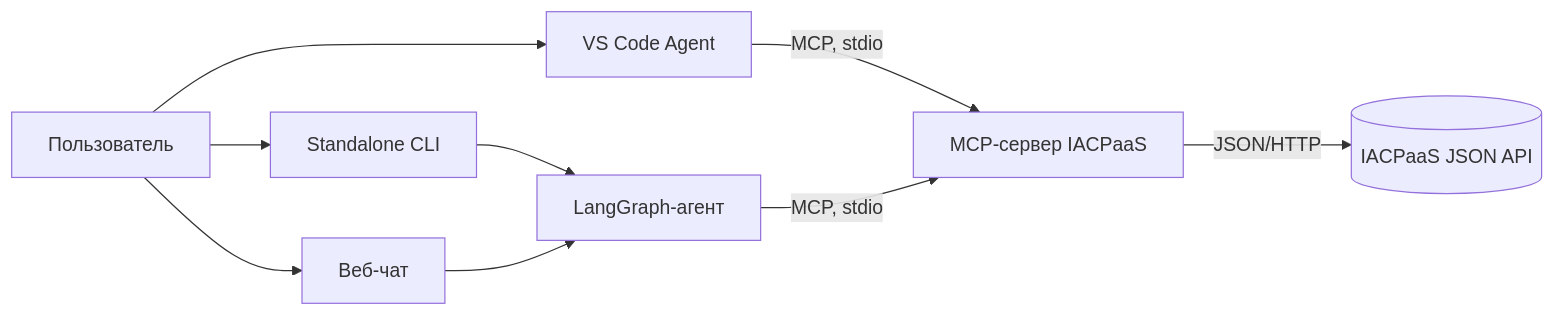
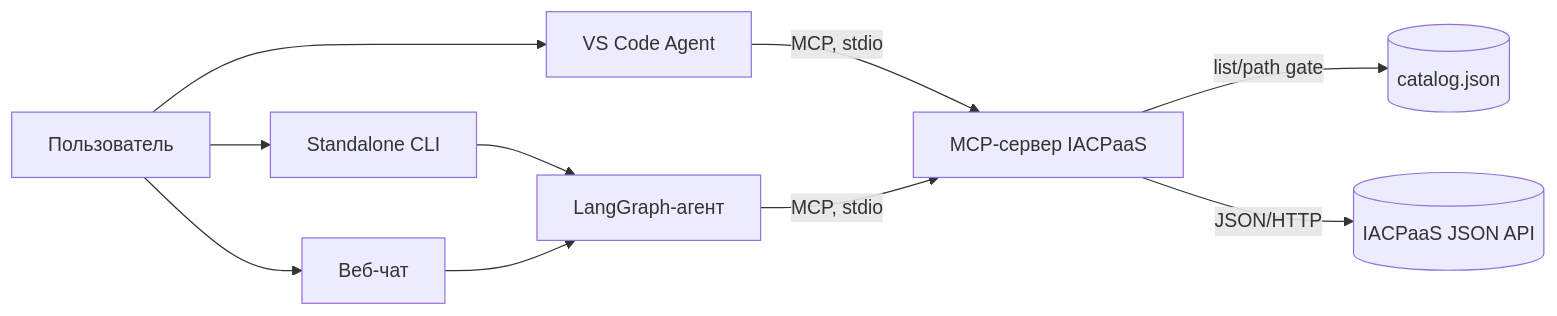
Before and after one commit to Mariositys/IACPaaS-MCP-Agent: the first of 2 diagrams in docs/architecture.md, drawn with Mermaid. The commit also changed other lines of this file and 14 other files, not shown here.

````diff
--- a/docs/architecture.md
+++ b/docs/architecture.md
@@ -8,11 +8,12 @@
 ```mermaid
 flowchart LR
   U[Пользователь] --> V[VS Code Agent]
   U --> S[Standalone CLI]
   U --> W[Веб-чат]
   V -->|MCP, stdio| M[MCP-сервер IACPaaS]
   S --> A[LangGraph-агент]
   W --> A
   A -->|MCP, stdio| M
+  M -->|list/path gate| K[(catalog.json)]
   M -->|JSON/HTTP| P[(IACPaaS JSON API)]
 ```
````
